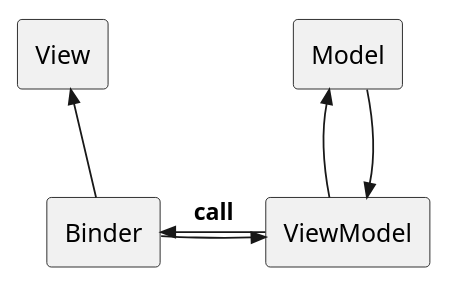
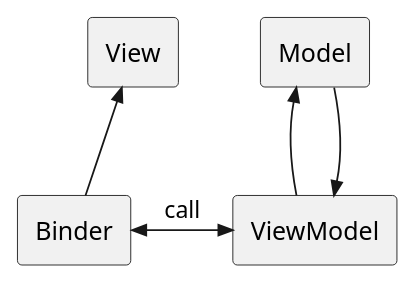
The sixth of 12 diagrams in CodeSpitz/Object-Oriented-Javascript/MVVM/README.md (JunilHwang/TIL), drawn with PlantUML before and after one commit. The commit also changed other lines of this file and 1 other file, not shown here.

```diff
--- a/CodeSpitz/Object-Oriented-Javascript/MVVM/README.md
+++ b/CodeSpitz/Object-Oriented-Javascript/MVVM/README.md
@@ -137,13 +180,12 @@
 @startuml
 rectangle View
 rectangle Binder
 rectangle Model
 agent ViewModel
 
-View -[hidden] Model : "                    "
+View -[hidden] Model
 View <<-- Binder
-Binder ->> ViewModel
-Binder <<- ViewModel : "**call**"
+Binder <<->> ViewModel : call
 Model <<-- ViewModel 
 Model -->> ViewModel 
 @enduml
```
